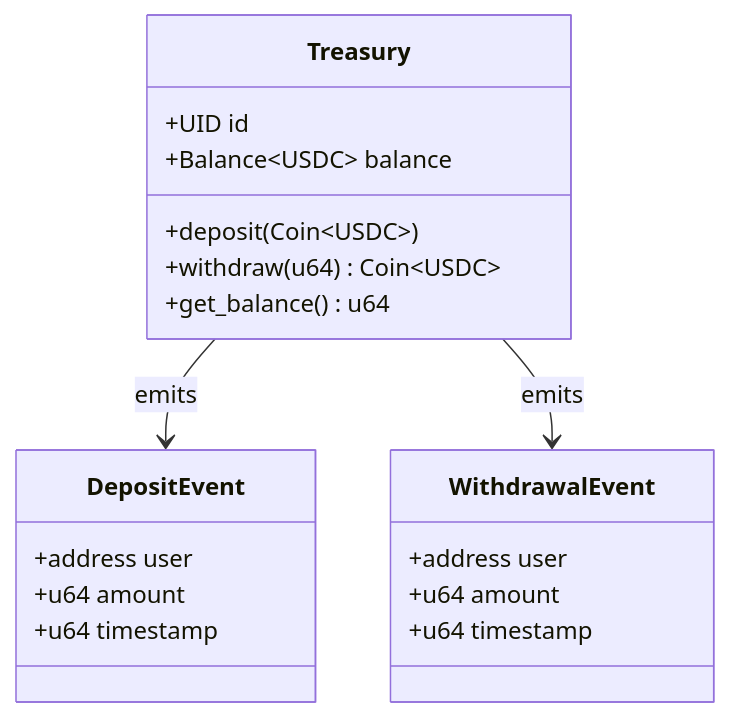
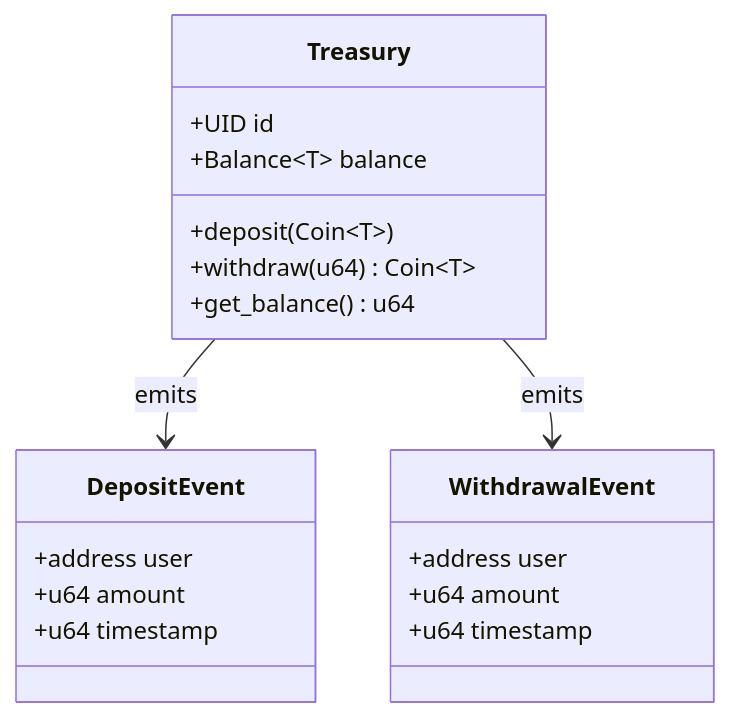
The seventh of 11 diagrams in README.md (AmaanSayyad/Overflow), drawn with Mermaid before and after one commit. The commit also changed other lines of this file, not shown here.

````diff
--- a/README.md
+++ b/README.md
@@ -543,25 +552,25 @@
 ```mermaid
 classDiagram
     class Treasury {
         +UID id
-        +Balance~USDC~ balance
-        +deposit(Coin~USDC~)
-        +withdraw(u64) Coin~USDC~
+        +Balance~T~ balance
+        +deposit(Coin~T~)
+        +withdraw(u64) Coin~T~
         +get_balance() u64
     }
     
     class DepositEvent {
         +address user
         +u64 amount
         +u64 timestamp
     }
     
     class WithdrawalEvent {
         +address user
         +u64 amount
         +u64 timestamp
     }
     
     Treasury --> DepositEvent : emits
     Treasury --> WithdrawalEvent : emits
 ```
````
